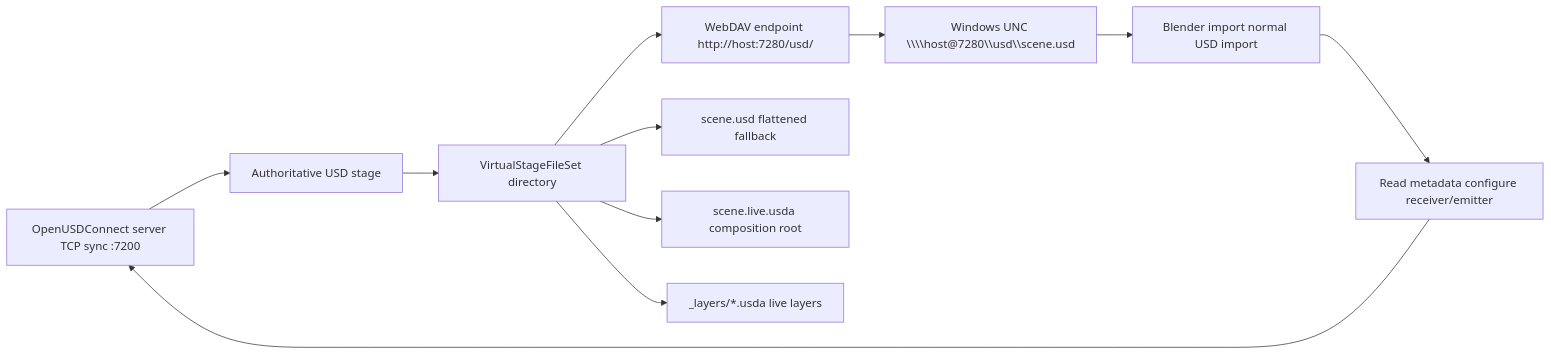
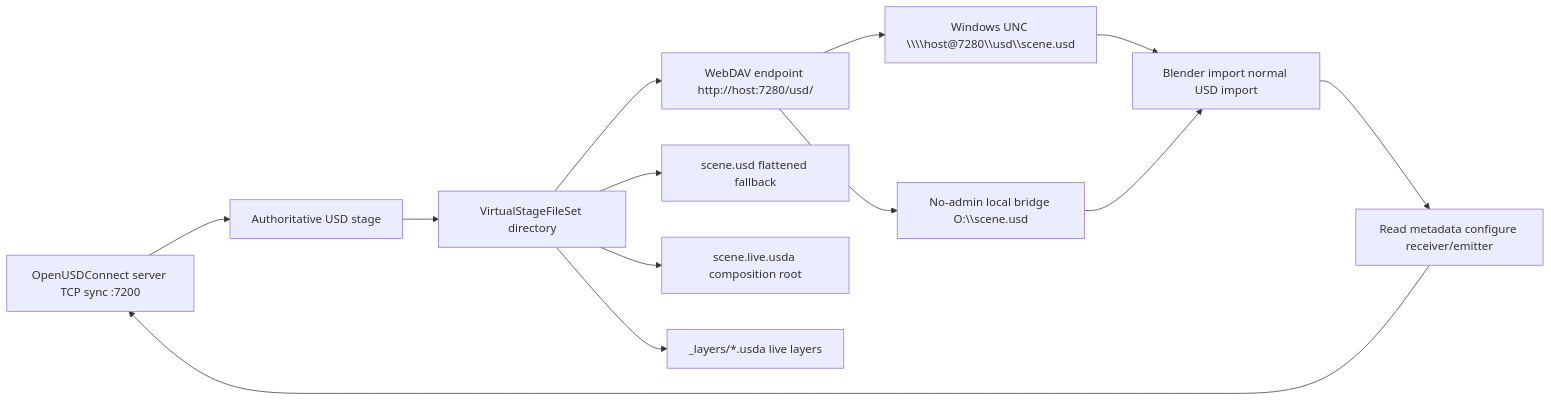
One commit to RoboticHuman/OpenUSDConnect changed the diagram in docs/live-open-production-guide.md. Above: the diagram before and after it, drawn with Mermaid. The commit also changed other lines of this file and 19 other files, not shown here.

````diff
--- a/docs/live-open-production-guide.md
+++ b/docs/live-open-production-guide.md
@@ -8,13 +8,15 @@
 ```mermaid
 flowchart LR
     A["OpenUSDConnect server TCP sync :7200"] --> B["Authoritative USD stage"]
     B --> C["VirtualStageFileSet directory"]
     C --> D["WebDAV endpoint http://host:7280/usd/"]
     C --> J["scene.usd flattened fallback"]
     C --> K["scene.live.usda composition root"]
     C --> L["_layers/*.usda live layers"]
     D --> E["Windows UNC \\\\host@7280\\usd\\scene.usd"]
+    D --> F["No-admin local bridge O:\\scene.usd"]
     E --> G["Blender import normal USD import"]
+    F --> G
     G --> I["Read metadata configure receiver/emitter"]
     I --> A
 ```
````
